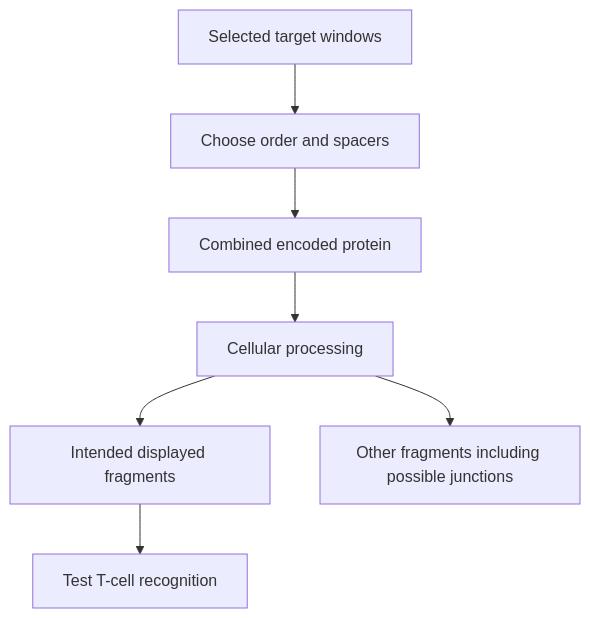
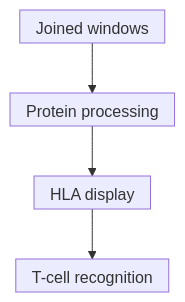
The diagram in wiki/education/concepts/engineering-and-manufacturing/nucleic-acid-design/multi-epitope-constructs.md (jasonLaster/oncoguide), drawn with Mermaid before and after one commit. The commit also changed other lines of this file and 23 other files, not shown here.

````diff
--- a/wiki/education/concepts/engineering-and-manufacturing/nucleic-acid-design/multi-epitope-constructs.md
+++ b/wiki/education/concepts/engineering-and-manufacturing/nucleic-acid-design/multi-epitope-constructs.md
@@ -38,9 +40,7 @@
 ```mermaid
+%%{init: {"htmlLabels":false,"flowchart":{"htmlLabels":false,"padding":8,"nodeSpacing":25}}}%%
 flowchart TD
-  A[Selected target windows] --> B[Choose order and spacers]
-  B --> C[Combined encoded protein]
-  C --> D[Cellular processing]
-  D --> E[Intended displayed fragments]
-  D --> F[Other fragments including possible junctions]
-  E --> G[Test T-cell recognition]
+  A[Joined windows] --> B[Protein processing]
+  B --> C[HLA display]
+  C --> D[T-cell recognition]
 ```
````
